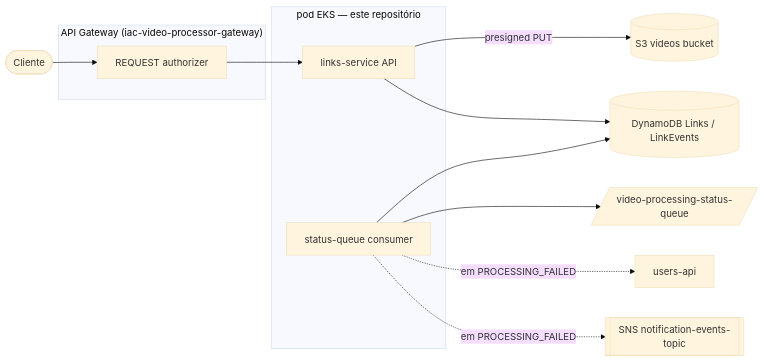
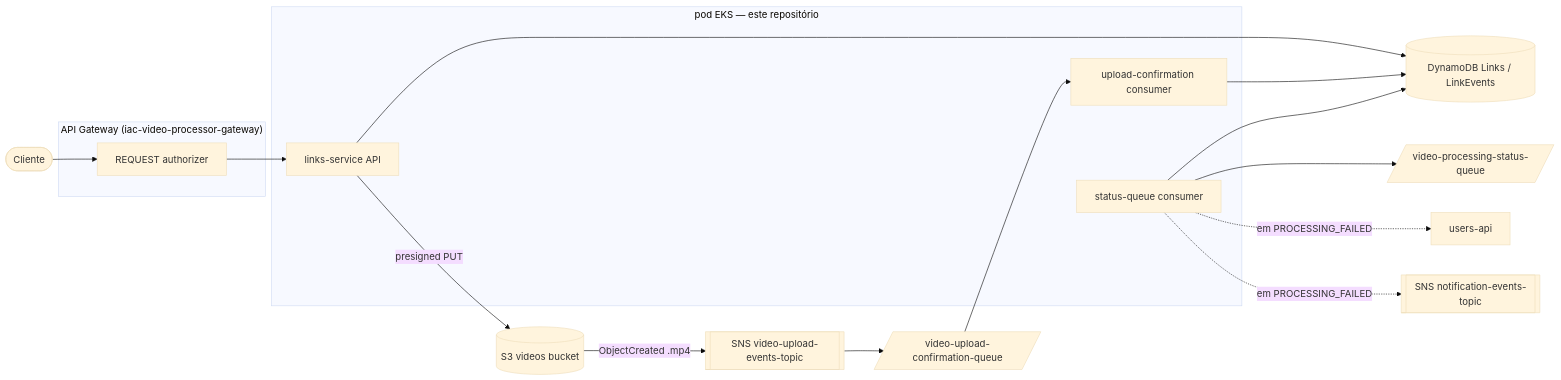
Before and after one commit to 13SOAT-andromeda/video-processor-link-api: the diagram in README.md, drawn with Mermaid (base theme). The commit also changed other lines of this file and 11 other files, not shown here.

````diff
--- a/README.md
+++ b/README.md
@@ -23,23 +23,30 @@
 ```mermaid
 flowchart LR
     subgraph GW["API Gateway (iac-video-processor-gateway)"]
         AUTHZ[REQUEST authorizer]
     end
     subgraph EKS["pod EKS — este repositório"]
         API[links-service API]
         CONSUMER[status-queue consumer]
+        UPLOADCONSUMER[upload-confirmation consumer]
     end
     S3[(S3 videos bucket)]
     DDB[(DynamoDB Links / LinkEvents)]
     STATUSQ[/video-processing-status-queue/]
+    UPLOADQ[/video-upload-confirmation-queue/]
+    UPLOADTOPIC[[SNS video-upload-events-topic]]
     USERS[users-api]
     SNS[[SNS notification-events-topic]]
 
     CLIENT([Cliente]) --> AUTHZ --> API
     API -- presigned PUT --> S3
     API --> DDB
+    S3 -- ObjectCreated .mp4 --> UPLOADTOPIC
+    UPLOADTOPIC --> UPLOADQ
+    UPLOADQ --> UPLOADCONSUMER
+    UPLOADCONSUMER --> DDB
     CONSUMER --> STATUSQ
     CONSUMER --> DDB
     CONSUMER -. em PROCESSING_FAILED .-> USERS
     CONSUMER -. em PROCESSING_FAILED .-> SNS
 ```
````
